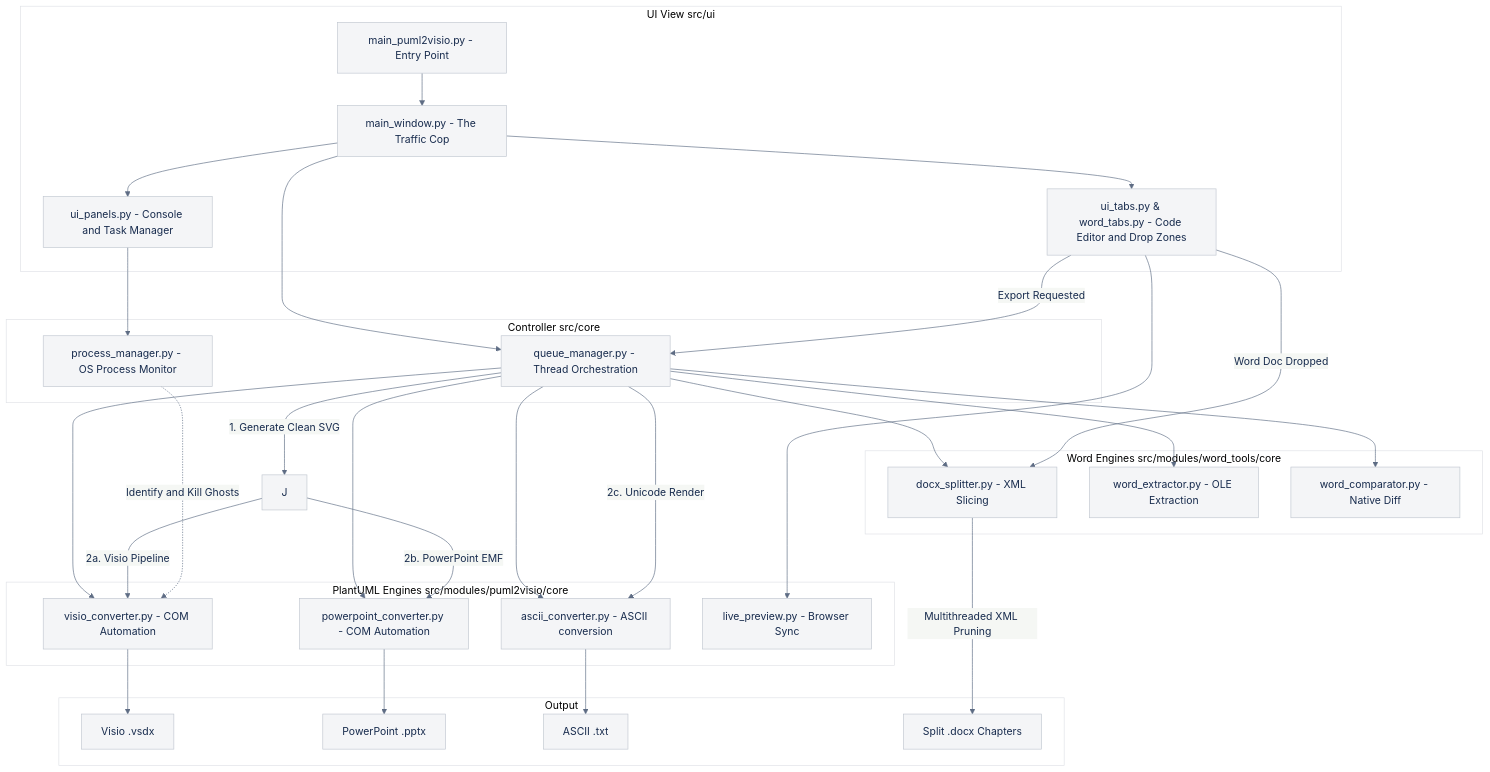
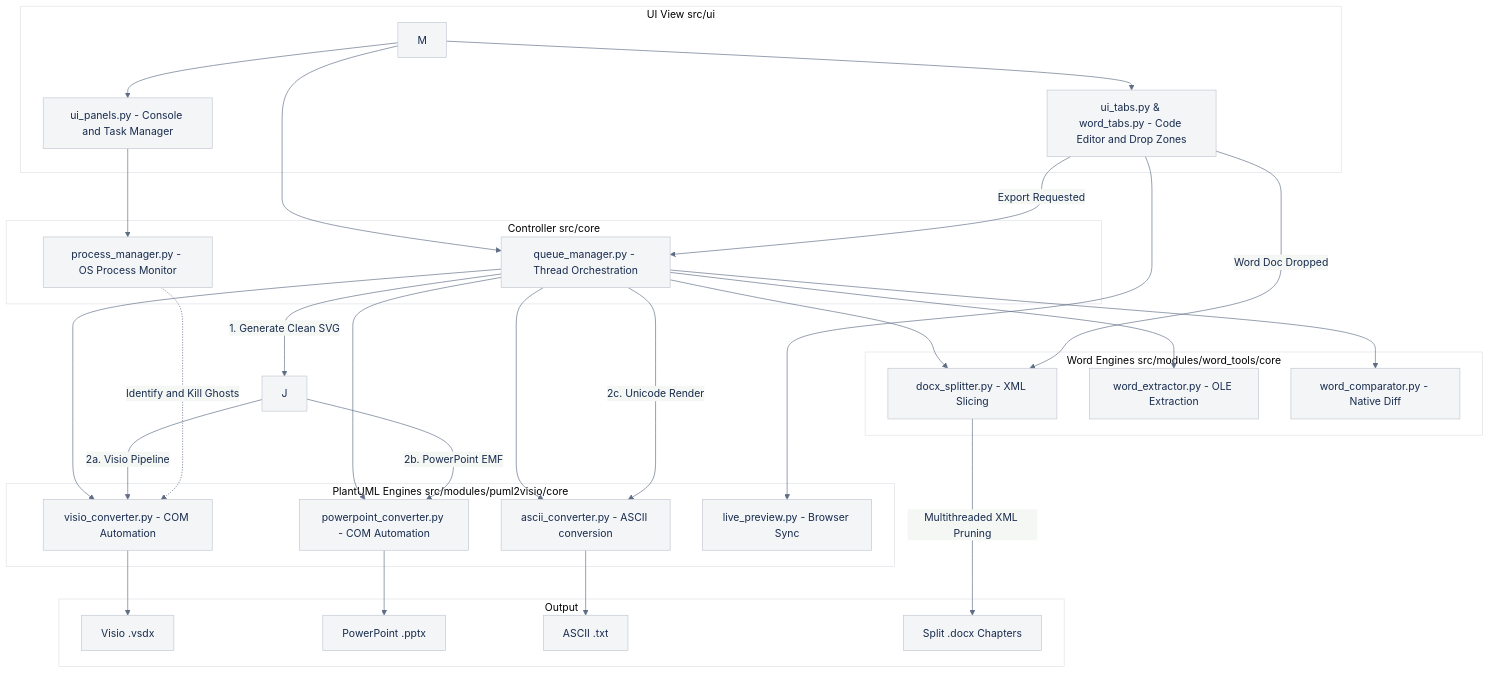
One commit to telekom/3gpp-meeting-tools changed the diagram in 3GPP Tools/README.md. Above: the diagram before and after it, drawn with Mermaid. The commit also changed 2 other files, not shown here.

Commit message:
Moved main GUI outside of module

````diff
--- a/3GPP Tools/README.md
+++ b/3GPP Tools/README.md
@@ -38,51 +38,50 @@
 ```mermaid
 %%{init: {"theme": "base", "themeVariables": { "primaryColor": "#f4f5f7", "primaryBorderColor": "#c1c7d0", "primaryTextColor": "#172b4d", "lineColor": "#5e6c84", "fontFamily": "Segoe UI, sans-serif", "clusterBkg": "#ffffff", "clusterBorder": "#dfe1e6" }}}%%
 graph TD
     subgraph view [UI View src/ui]
-        E[main_puml2visio.py - Entry Point] --> M[main_window.py - The Traffic Cop]
         M --> T[ui_tabs.py & word_tabs.py - Code Editor and Drop Zones]
         M --> P[ui_panels.py - Console and Task Manager]
     end
 
     subgraph controller [Controller src/core]
         M --> Q[queue_manager.py - Thread Orchestration]
         P --> PM[process_manager.py - OS Process Monitor]
     end
 
     subgraph model_puml [PlantUML Engines src/modules/puml2visio/core]
         Q --> V[visio_converter.py - COM Automation]
         Q --> A[ascii_converter.py - ASCII conversion]
         Q --> PPT[powerpoint_converter.py - COM Automation]
         T --> LP[live_preview.py - Browser Sync]
     end
 
     subgraph model_word [Word Engines src/modules/word_tools/core]
         Q --> DOCX[docx_splitter.py - XML Slicing]
         Q --> WEXT[word_extractor.py - OLE Extraction]
         Q --> WCMP[word_comparator.py - Native Diff]
     end
 
     subgraph output_group [Output]
         OutV[Visio .vsdx]
         OutP[PowerPoint .pptx]
         OutA[ASCII .txt]
         OutW[Split .docx Chapters]
     end
 
     T -->|Export Requested| Q
     Q -->|1. Generate Clean SVG| J
     
     J -->|2a. Visio Pipeline| V
     V --> OutV
 
     J -->|2b. PowerPoint EMF| PPT
     PPT --> OutP
     
     Q -->|2c. Unicode Render| A
     A --> OutA
     
     T -->|Word Doc Dropped| DOCX
     DOCX -->|Multithreaded XML Pruning| OutW
     
     PM -.->|Identify and Kill Ghosts| V
 ```
````
